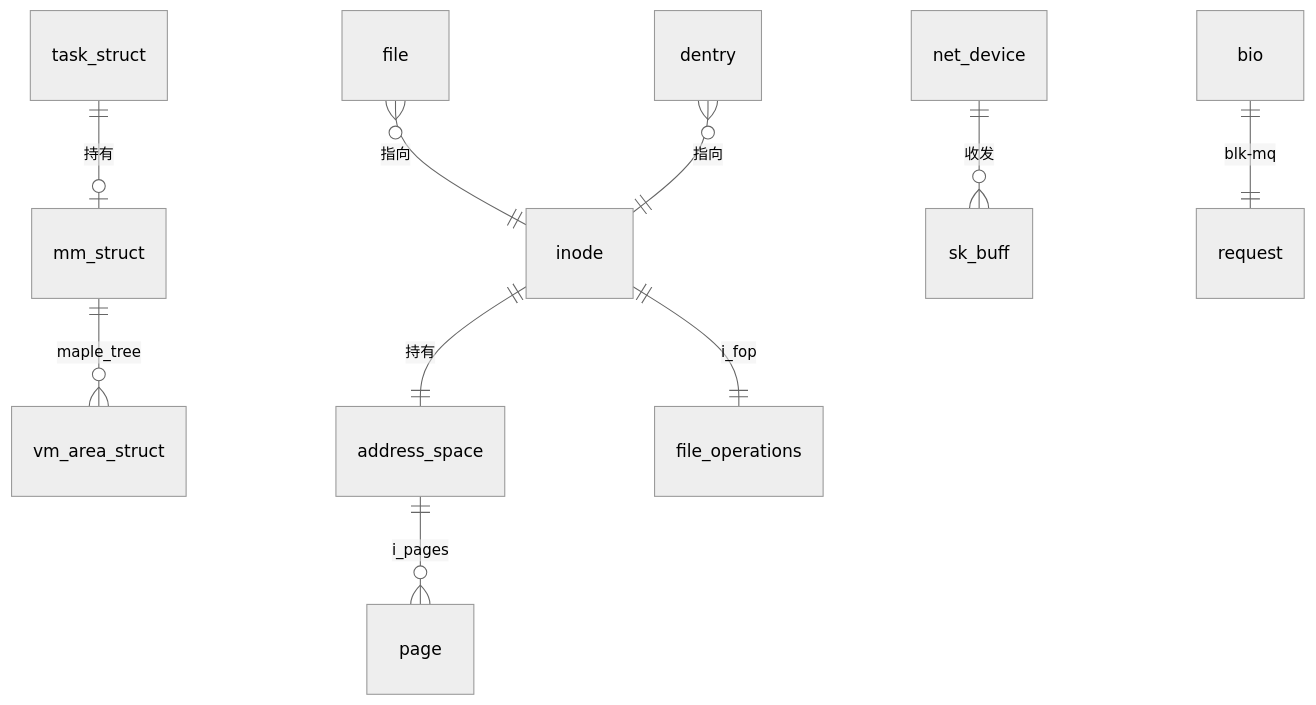
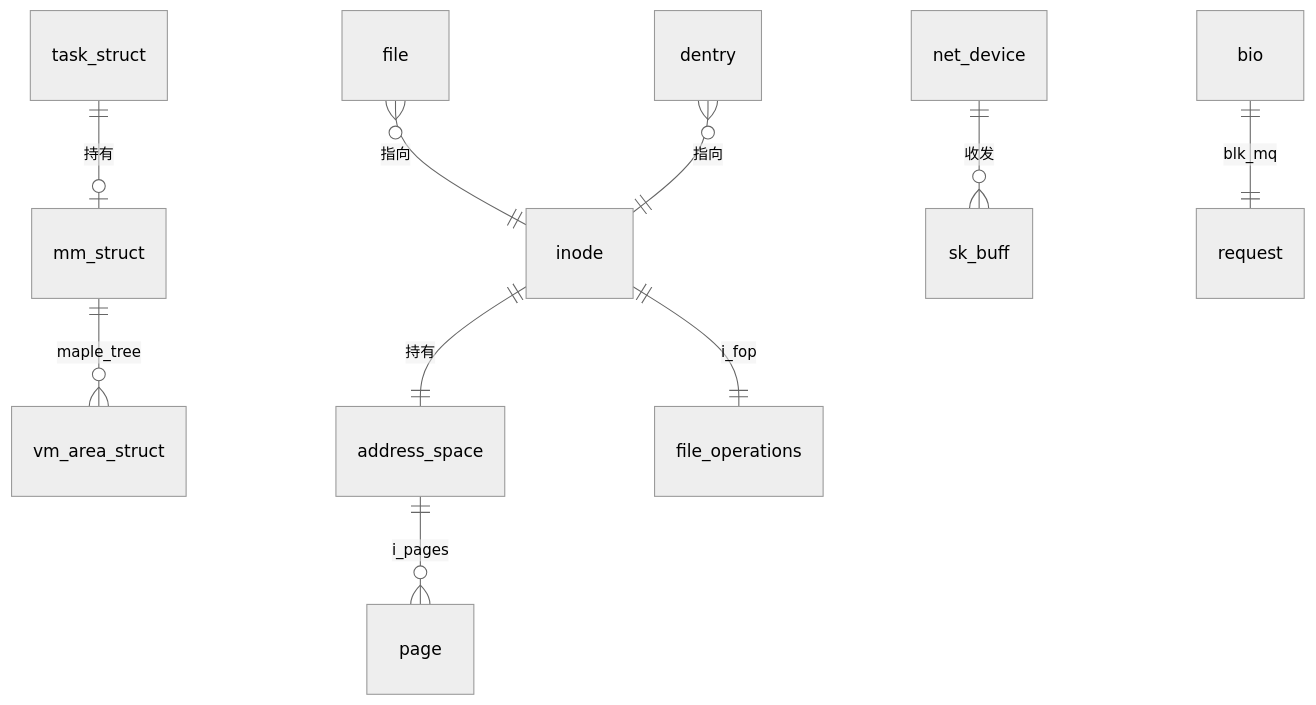
Before and after one commit to quqiufeng/my_db: the second of 2 diagrams in reports/linux-kernel-7.2.3-complete-architecture.md, drawn with Mermaid (neutral theme). The commit also changed 1 other file, not shown here.

Commit message:
docs: 修 Mermaid ER 图语法（关系标签禁用括号/连字符）
- openresty: `has(ctx_ref)` → `has_ctx_ref`（括号是 mermaid ER 解析器的 token，导致 parse error）
- linux: `blk-mq` → `blk_mq`（连字符同样有风险）

````diff
--- a/reports/linux-kernel-7.2.3-complete-architecture.md
+++ b/reports/linux-kernel-7.2.3-complete-architecture.md
@@ -66,12 +66,12 @@
 ```mermaid
 erDiagram
     task_struct ||--o| mm_struct : 持有
     mm_struct ||--o{ vm_area_struct : maple_tree
     file }o--|| inode : 指向
     inode ||--|| address_space : 持有
     address_space ||--o{ page : i_pages
     inode ||--|| file_operations : i_fop
     dentry }o--|| inode : 指向
     net_device ||--o{ sk_buff : 收发
-    bio ||--|| request : blk-mq
+    bio ||--|| request : blk_mq
 ```
````
